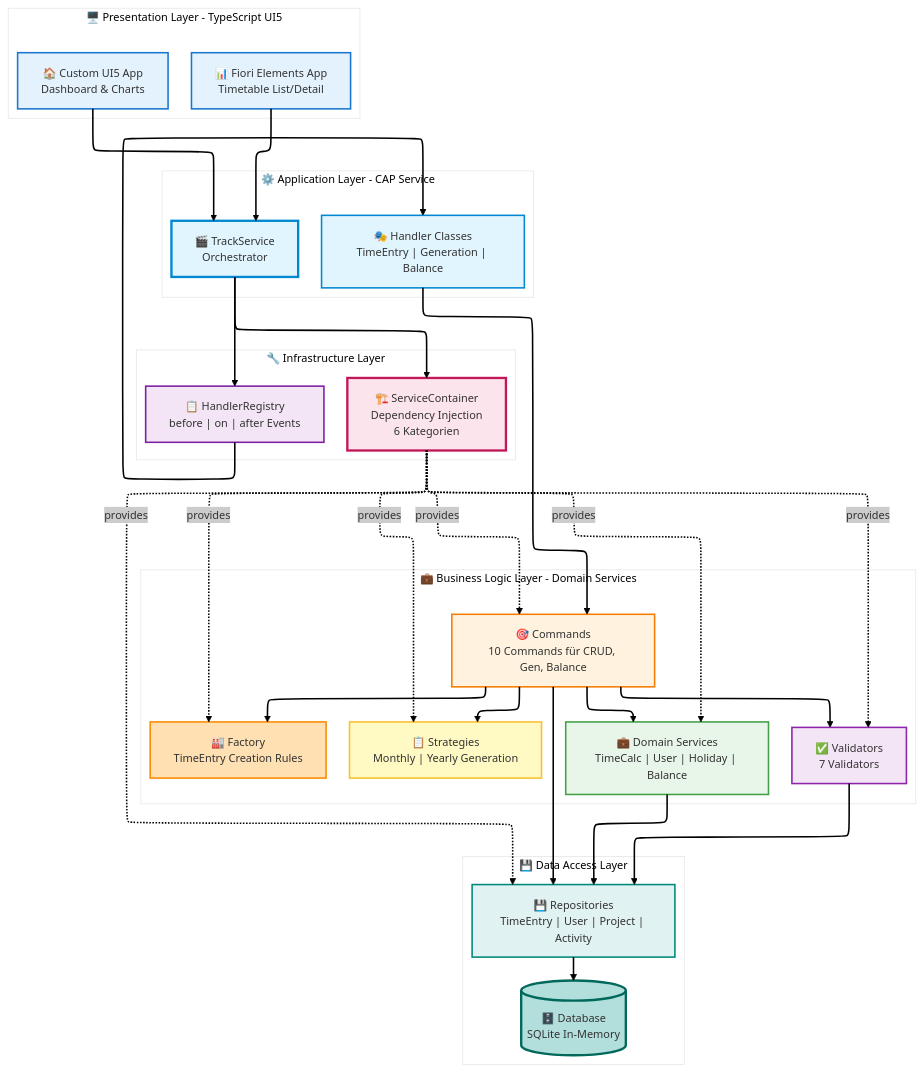
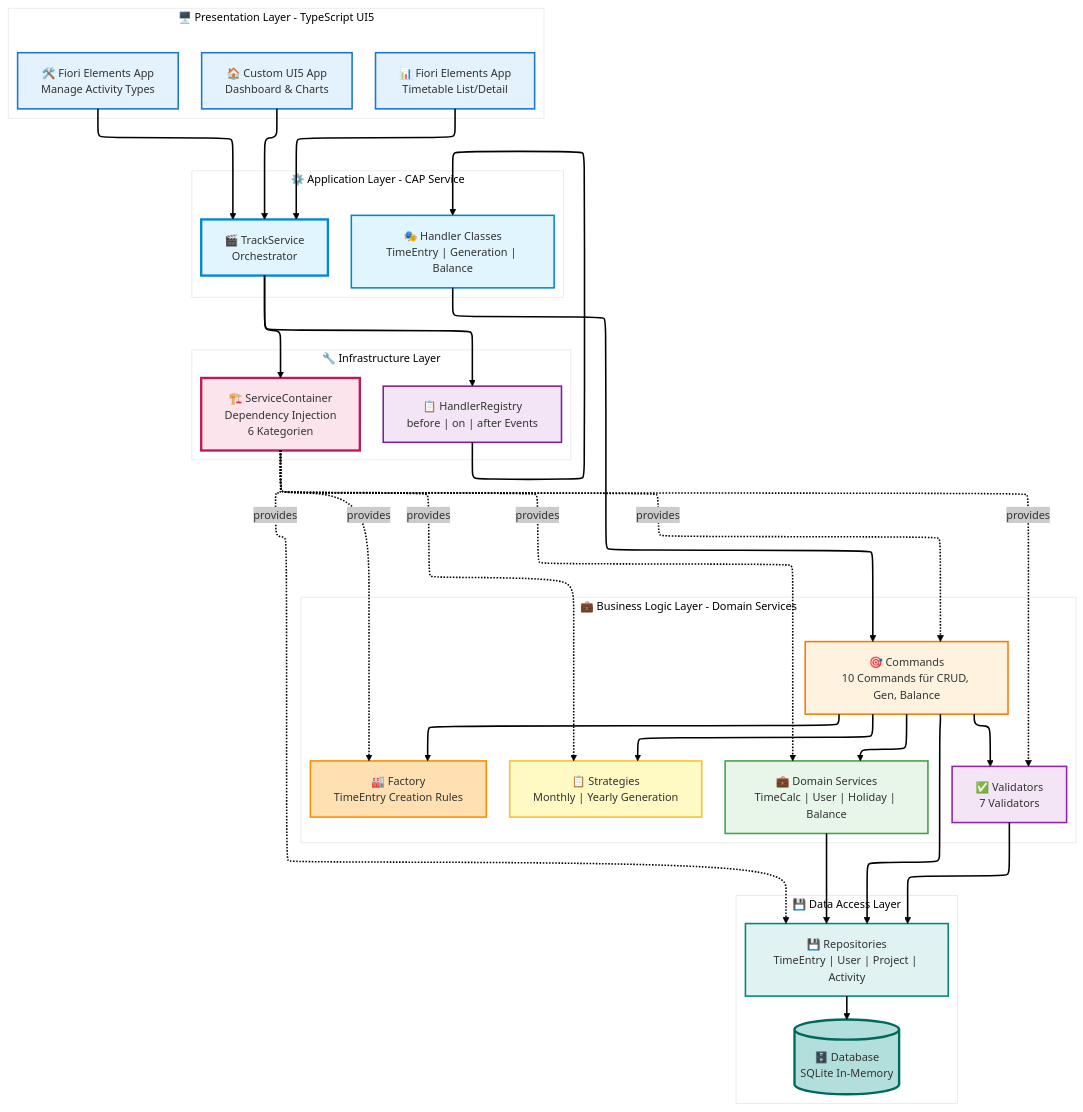
Before and after one commit to nimble-123/cap-fiori-timetracking: the third of 11 diagrams in docs/ARCHITECTURE.md, drawn with Mermaid. The commit also changed other lines of this file and 8 other files, not shown here.

````diff
--- a/docs/ARCHITECTURE.md
+++ b/docs/ARCHITECTURE.md
@@ -406,6 +429,7 @@
 graph TB
     subgraph "🖥️ Presentation Layer - TypeScript UI5"
         UI1["📊 Fiori Elements App<br/>Timetable List/Detail"]
+        UI3["🛠️ Fiori Elements App<br/>Manage Activity Types"]
         UI2["🏠 Custom UI5 App<br/>Dashboard & Charts"]
     end
 
@@ -435,6 +459,7 @@
     %% UI to Service
     UI1 --> SVC
     UI2 --> SVC
+    UI3 --> SVC
 
     %% Service Infrastructure
     SVC --> REGISTRY
@@ -480,4 +505,5 @@
     style REGISTRY fill:#f3e5f5,stroke:#7b1fa2,stroke-width:2px
     style UI1 fill:#e3f2fd,stroke:#1976d2,stroke-width:2px
     style UI2 fill:#e3f2fd,stroke:#1976d2,stroke-width:2px
+    style UI3 fill:#e3f2fd,stroke:#1976d2,stroke-width:2px
 ```
````
